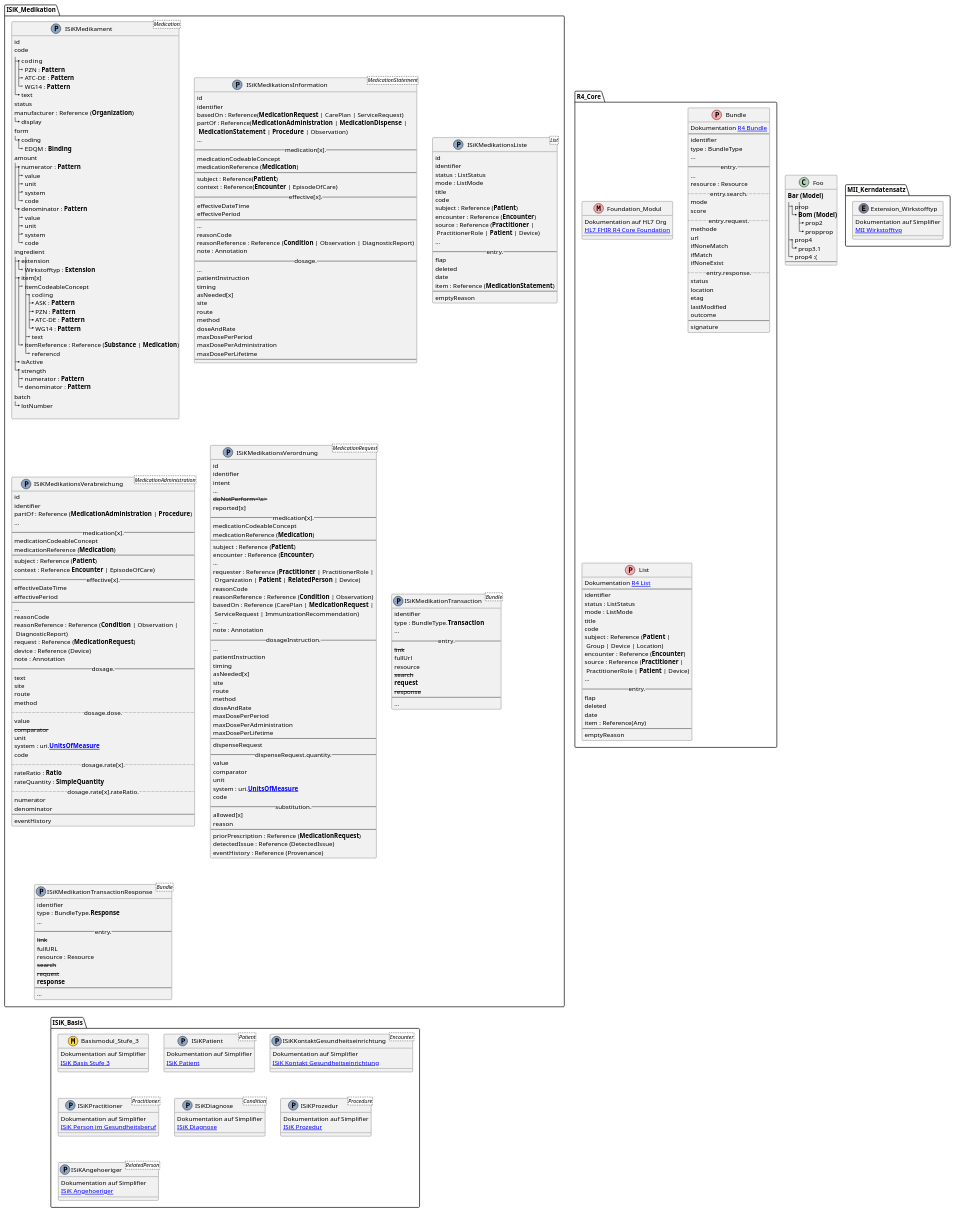
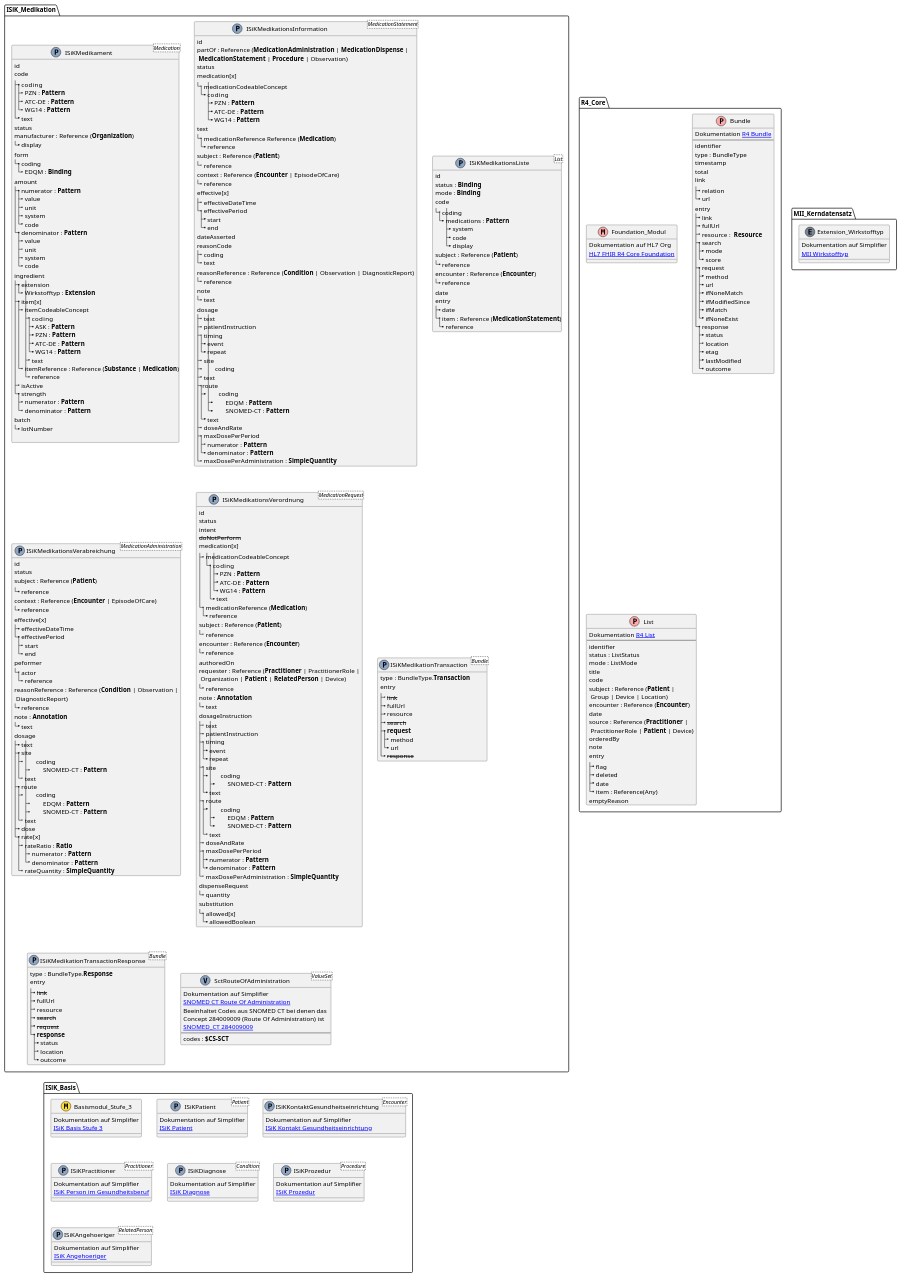
The second of 2 diagrams in Material/images/src/plantuml/infomodell.puml (gematik/spec-ISiK-Medikation), drawn with PlantUML before and after one commit. The commit also changed 4 other files, not shown here.

```diff
--- a/Material/images/src/plantuml/infomodell.puml
+++ b/Material/images/src/plantuml/infomodell.puml
@@ -28,17 +28,15 @@
 
 'Namespace enhancement
 set separator none
-   class Foo {
-   **Bar (Model)**
-   |_ prop
-      |_ **Bom (Model)**
-         |_ prop2
-         |_ propprop
-   |_ prop4
-      |_ prop3.1
-   |_ prop4 :(
-   --
-   }
+
+
+
+'ISiK_Medikation.ISiKMedikationsListe::subject --> ISiK_Basis.ISiKPatient
+'ISiK_Medikation.ISiKMedikationTransaction --> R4_Core.Bundle
+'ISiK_Medikation.ISiKMedikationTransactionResponse --|> R4_Core.Bundle
+
+
+
 namespace ISiK_Medikation {
    class  ISiKMedikament <Medication><<(P,#8DA5C4)>>{
       id
@@ -77,7 +75,7 @@
                |_ WG14 : **Pattern**
             |_ text
          |_ itemReference : Reference (**Substance** | **Medication**)
-            |_ referencd
+            |_ reference
       |_ isActive
       |_ strength
          |_ numerator : **Pattern**
@@ -98,184 +96,225 @@
 
    class ISiKMedikationsInformation <MedicationStatement><<(P,#8DA5C4)>>{
       id	
-      identifier
-      basedOn : Reference(**MedicationRequest** | CarePlan | ServiceRequest)
-      partOf : Reference(**MedicationAdministration** | **MedicationDispense** |\n **MedicationStatement** | **Procedure** | Observation)
-      ...
-      --medication[x].--
-      medicationCodeableConcept
-      medicationReference (**Medication**)
-      --
-      subject : Reference(**Patient**)
-      context : Reference(**Encounter** | EpisodeOfCare)
-      --effective[x].--
-      effectiveDateTime
-      effectivePeriod
-      --
-      ...
+      partOf : Reference (**MedicationAdministration** | **MedicationDispense** |\n **MedicationStatement** | **Procedure** | Observation)
+      status
+      medication[x]
+      |_ medicationCodeableConcept
+         |_ coding­
+            |_ PZN : **Pattern**
+            |_ ATC-DE : **Pattern**
+            |_ WG14 : **Pattern**
+         text
+      |_ medicationReference Reference (**Medication**)
+         |_ reference
+      subject : Reference (**Patient**)
+         |_ reference
+      context : Reference (**Encounter** | EpisodeOfCare)
+         |_ reference
+      effective[x]
+      |_ effectiveDateTime
+      |_ effectivePeriod
+         |_ start
+         |_ end
+      dateAsserted
       reasonCode
+      |_ coding
+         '|_ system
+         '|_ code
+         '|_ display
+      |_ text
       reasonReference : Reference (**Condition** | Observation | DiagnosticReport)
-      note : Annotation
-      --dosage.--
-      ...
-      patientInstruction
-      timing	
-      asNeeded[x]
-      site	
-      route
-      method	
-      doseAndRate	
-      maxDosePerPeriod	
-      maxDosePerAdministration	
-      maxDosePerLifetime
-      --
+      |_ reference
+      note
+      |_ text
+      dosage
+      |_ text
+      |_ patientInstruction
+      |_ timing
+         |_ event
+         |_ repeat
+      |_ site
+      |_	coding
+      |_ text
+      |_route
+         |_	coding
+            |_	EDQM : **Pattern**
+            |_	SNOMED-CT : **Pattern**
+         |_ text	
+      |_ doseAndRate
+         '|_ dose[x]
+         '   |_ doseRange
+         '   |_ doseQuantity
+         '|_ rate[x]
+         '   |_ rateRatio
+         '   |_ rateRange
+         '   |_ rateQuantity
+      |_ maxDosePerPeriod
+         |_ numerator : **Pattern**
+         |_ denominator : **Pattern**
+      |_ maxDosePerAdministration : **SimpleQuantity**
+         '|_ value
+         '|_ unit
+         '|_ system
+         '|_ code
    }
    'ISiKMedikationsInformation::medicationReference ---> ISiKMedikation
    
    class  ISiKMedikationsListe <List><<(P,#8DA5C4)>>{
       id
-      identifier
-      status : ListStatus
-      mode : ListMode
-      title 
+      status : **Binding**
+      mode : **Binding**
       code
+      |_ coding
+         |_ medications : **Pattern**
+            |_ system
+            |_ code
+            |_ display
       subject : Reference (**Patient**)
+      |_ reference
       encounter : Reference (**Encounter**)
-      source : Reference (**Practitioner** |\n PractitionerRole | **Patient** | Device)
-      ...
-      --entry.--
-      flap
-      deleted
+      |_ reference
       date
-      item : Reference (**MedicationStatement**)
-      --
-      emptyReason
+      entry
+      |_ date
+      |_ item : Reference (**MedicationStatement**)
+         |_ reference
    }
    'ISiKMedikationsListe::item --> ISiKMedikationsInformation
 
    class ISiKMedikationsVerabreichung <MedicationAdministration><<(P,#8DA5C4)>>{
       id
-      identifier 
-      partOf : Reference (**MedicationAdministration** | **Procedure**)
-      ...
-      --medication[x].--
-      medicationCodeableConcept
-      medicationReference (**Medication**)
-      --
+      status
       subject : Reference (**Patient**)
-      context : Reference **Encounter** | EpisodeOfCare)
-      --effective[x].--
-      effectiveDateTime
-      effectivePeriod
-      --
-      ...
-      reasonCode
+      |_ reference
+      context : Reference (**Encounter** | EpisodeOfCare)
+      |_ reference
+      effective[x]
+      |_ effectiveDateTime
+      |_ effectivePeriod
+         |_ start
+         |_ end
+      peformer
+      |_ actor
+         |_ reference
       reasonReference : Reference (**Condition** | Observation |\n DiagnosticReport)
-      request : Reference (**MedicationRequest**)
-      device : Reference (Device)
-      note : Annotation
-      --dosage.--
-      text
-      site
-      route
-      method
-      ..dosage.dose...
-      value
-      <s>comparator</s>
-      unit
-      system : uri.**[[https://unitsofmeasure.org UnitsOfMeasure]]**
-      code
-      ..dosage.rate[x]...
-      rateRatio : **Ratio**
-      rateQuantity : **SimpleQuantity**
-      ..dosage.rate[x].rateRatio...
-      numerator
-      denominator
-      --
-      eventHistory
+      |_ reference
+      note : **Annotation**
+      |_ text
+      dosage
+      |_ text
+      |_ site
+         |_	coding
+            |_	SNOMED-CT : **Pattern**
+         |_ text	
+      |_ route
+         |_	coding
+            |_	EDQM : **Pattern**
+            |_	SNOMED-CT : **Pattern**
+         |_ text	
+      |_ dose
+      |_ rate[x]
+         |_ rateRatio : **Ratio**
+            |_ numerator : **Pattern**
+            |_ denominator : **Pattern**
+         |_ rateQuantity : **SimpleQuantity**
    }
 
    class ISiKMedikationsVerordnung <MedicationRequest><<(P,#8DA5C4)>>{
       id
-      identifier
+      status
       intent
-      ...
-      <s>doNotPerform<\s>
-      reported[x]
-      --medication[x].--
-      medicationCodeableConcept
-      medicationReference (**Medication**)
-      --
+      <s>doNotPerform</s>
+      medication[x]
+      |_ medicationCodeableConcept
+          |_ coding­
+               |_ PZN : **Pattern**
+               |_ ATC-DE : **Pattern**
+               |_ WG14 : **Pattern**
+            |_ text
+      |_ medicationReference (**Medication**)
+         |_ reference
       subject : Reference (**Patient**)
+      |_ reference
       encounter : Reference (**Encounter**)
-      ...
+      |_ reference
+      authoredOn
       requester : Reference (**Practitioner** | PractitionerRole |\n Organization | **Patient** | **RelatedPerson** | Device)
-      reasonCode
-      reasonReference : Reference (**Condition** | Observation)
-      basedOn : Reference (CarePlan | **MedicationRequest** |\n ServiceRequest | ImmunizationRecommendation)
-      ...
-      note : Annotation
-      --dosageInstruction.--
-      ...
-      patientInstruction
-      timing	
-      asNeeded[x]
-      site	
-      route
-      method	
-      doseAndRate	
-      maxDosePerPeriod	
-      maxDosePerAdministration	
-      maxDosePerLifetime
-      --
+      |_ reference
+      note : **Annotation**
+      |_ text
+      dosageInstruction
+      |_ text
+      |_ patientInstruction
+      |_ timing	
+         |_ event
+         |_ repeat
+      |_ site
+         |_	coding
+            |_	SNOMED-CT : **Pattern**
+         |_ text	
+      |_ route
+         |_	coding
+            |_	EDQM : **Pattern**
+            |_	SNOMED-CT : **Pattern**
+         |_ text	
+      |_ doseAndRate
+         '|_ dose[x]
+         '   |_ doseRange
+         '   |_ doseQuantity
+         '|_ rate[x]
+         '   |_ rateRatio
+         '   |_ rateRange
+         '   |_ rateQuantity
+      |_ maxDosePerPeriod
+         |_ numerator : **Pattern**
+         |_ denominator : **Pattern**
+      |_ maxDosePerAdministration : **SimpleQuantity**
+         '|_ value
+         '|_ unit
+         '|_ system
+         '|_ code
       dispenseRequest
-      --dispenseRequest.quantity.--
-      value
-      comparator
-      unit
-      system : uri.**[[https://unitsofmeasure.org UnitsOfMeasure]]**
-      code
-      --substitution.--
-      allowed[x]
-      reason
-      --
-      priorPrescription : Reference (**MedicationRequest**)
-      detectedIssue : Reference (DetectedIssue)
-      eventHistory : Reference (Provenance)
+      |_ quantity
+      substitution
+      |_ allowed[x]
+         |_ allowedBoolean
    }
 
    class ISiKMedikationTransaction <Bundle><<(P,#8DA5C4)>>{
-      identifier
       type : BundleType.**Transaction**
-      ...
-      --entry.--
-      <s>link</s>
-      fullUrl
-      resource
-      <s>search</s>
-      **request**
-      <s>response</s>
-      --
-      ...
+      entry
+      |_ <s>link</s>
+      |_ fullUrl
+      |_ resource
+      |_ <s>search</s>
+      |_ **request**
+         |_ method
+         |_ url
+      |_ <s>response</s>
    }
    class ISiKMedikationTransactionResponse <Bundle><<(P,#8DA5C4)>>{
-      identifier
       type : BundleType.**Response**
-      ...
-      --entry.--
-      <s>link</s>
-      fullURL
-      resource : Resource
-      <s>search</s>
-      <s>request</s>
-      **response**
+      entry
+      |_ <s>link</s>
+      |_ fullUrl
+      |_ resource
+      |_ <s>search</s>
+      |_ <s>request</s>
+      |_ **response**
+         |_ status
+         |_ location
+         |_ outcome
+   }
+   class SctRouteOfAdministration <ValueSet><<(V,#8DA5C4)>>{
+      Dokumentation auf Simplifier 
+      [[https://simplifier.net/isik-medikation-v3/sctrouteofadministration SNOMED CT Route Of Administration]]
+      Beeinhaltet Codes aus SNOMED CT bei denen das \nConcept 284009009 (Route Of Administration) ist
+      [[https://simplifier.net/packages/hl7.fhir.r4.core/4.0.1/files/80147 SNOMED_CT 284009009]]
       --
-      ...
+      codes : **$CS-SCT** 
    }
 }
-'ISiK_Medikation.ISiKMedikationsListe::subject --> ISiK_Basis.ISiKPatient
-'ISiK_Medikation.ISiKMedikationTransaction --> R4_Core.Bundle
-'ISiK_Medikation.ISiKMedikationTransactionResponse --|> R4_Core.Bundle
 
 namespace MII_Kerndatensatz {
    class Extension_Wirkstofftyp <<(E,#7A8495)>>{
@@ -294,27 +333,31 @@
       --
       identifier
       type : BundleType
-      ...
-      --entry.--
-      ...
-      resource : Resource
-      ..entry.search...
-      mode
-      score
-      ..entry.request...
-      methode
-      url
-      ifNoneMatch
-      ifMatch
-      ifNoneExist
-      ..entry.response...
-      status
-      location
-      etag
-      lastModified
-      outcome
-      --
-      signature
+      timestamp
+      total
+      link
+      |_ relation
+      |_ url
+      entry
+      |_ link
+      |_ fullUrl
+      |_ resource : ** Resource **
+      |_ search
+         |_ mode
+         |_ score
+      |_ request
+         |_ method
+         |_ url
+         |_ ifNoneMatch
+         |_ ifModifiedSince
+         |_ ifMatch
+         |_ ifNoneExist
+      |_ response
+         |_ status
+         |_ location
+         |_ etag
+         |_ lastModified
+         |_ outcome
    }
    class List <<(P,#FFAAAA)>>{
       Dokumentation [[https://hl7.org/fhir/R4/list.html R4 List]]
@@ -326,14 +369,15 @@
       code
       subject : Reference (**Patient** |\n Group | Device | Location)
       encounter : Reference (**Encounter**)
+      date
       source : Reference (**Practitioner** |\n PractitionerRole | **Patient** | Device)
-      ...
-      --entry.--
-      flap
-      deleted
-      date
-      item : Reference(Any)
-      --
+      orderedBy
+      note
+      entry
+      |_ flag
+      |_ deleted
+      |_ date
+      |_ item : Reference(Any)
       emptyReason
    }
 }
@@ -366,8 +410,9 @@
    class ISiKAngehoeriger <RelatedPerson><<(P,#8DA5C4)>>{
       Dokumentation auf Simplifier 
       [[https://simplifier.net/isik-basis-v3/isikangehoeriger ISiK Angehoeriger]]
-   }
+   }  
 }
+
 
 'namespace dummy {
 '   class Foo {
```
